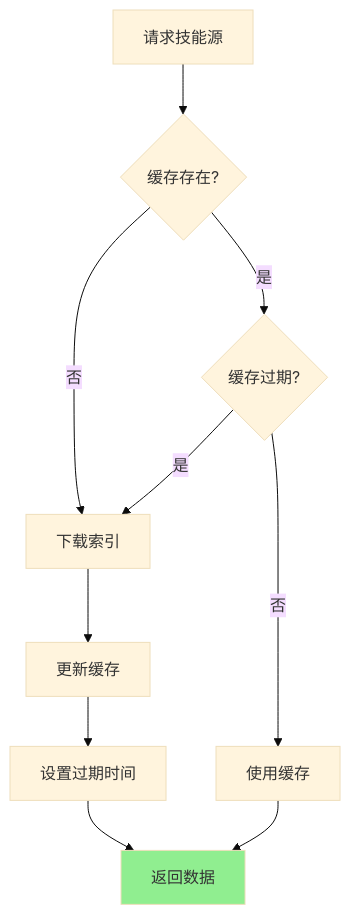
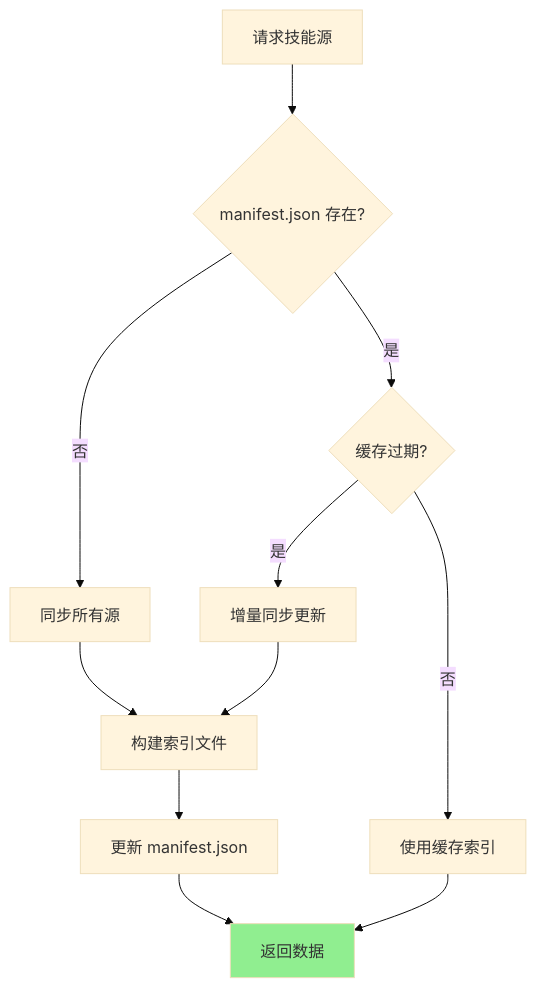
Diagram 14 of 25 in docs/02-设计/20260114-10-sx-market设计.md (shetengteng/skillix-mcp), drawn with Mermaid (base theme) before and after one commit. The commit also changed other lines of this file, not shown here.

````diff
--- a/docs/02-设计/20260114-10-sx-market设计.md
+++ b/docs/02-设计/20260114-10-sx-market设计.md
@@ -951,17 +1018,18 @@
 ```mermaid
 flowchart TD
-    A[请求技能源] --> B{缓存存在?}
+    A[请求技能源] --> B{manifest.json 存在?}
     
-    B -->|否| C[下载索引]
+    B -->|否| C[同步所有源]
     B -->|是| D{缓存过期?}
     
-    D -->|是| C
-    D -->|否| E[使用缓存]
+    D -->|是| E[增量同步更新]
+    D -->|否| F[使用缓存索引]
     
-    C --> F[更新缓存]
-    F --> G[设置过期时间]
-    G --> H[返回数据]
-    E --> H
+    C --> G[构建索引文件]
+    E --> G
+    G --> H[更新 manifest.json]
+    H --> I[返回数据]
+    F --> I
     
-    style H fill:#90EE90
+    style I fill:#90EE90
 ```
````
